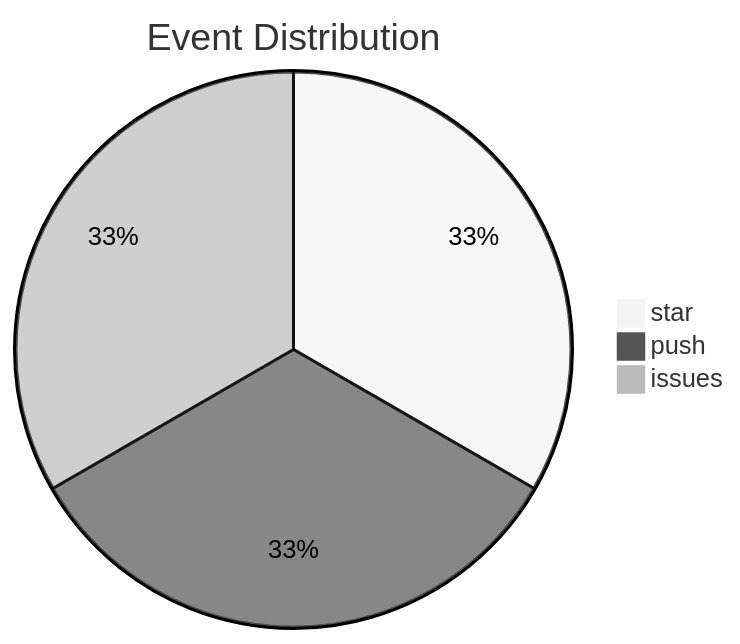
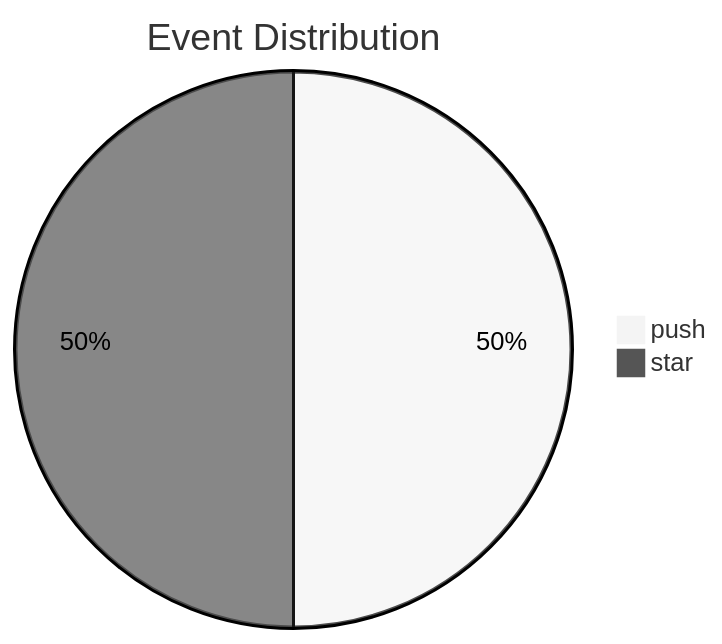
Before and after one commit to lunarshe11/lunarshe11: the second of 3 diagrams in README.md, drawn with Mermaid (neutral theme). The commit also changed other lines of this file, not shown here.

````diff
--- a/README.md
+++ b/README.md
@@ -30,6 +30,5 @@
 ```mermaid
 pie title Event Distribution
+    "push" : 1
     "star" : 1
-    "push" : 1
-    "issues" : 1
 ```
````
